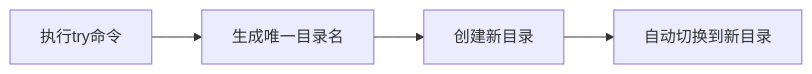
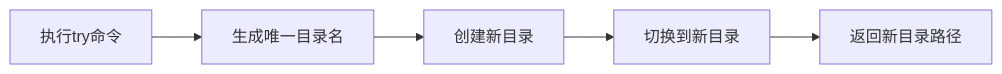
The fifth of 8 diagrams in reports/2026/01/2026-01-22.md (wayyoungboy/github-trending-reporter), drawn with Mermaid before and after one commit. The commit also changed other lines of this file and 1 other file, not shown here.

````diff
--- a/reports/2026/01/2026-01-22.md
+++ b/reports/2026/01/2026-01-22.md
@@ -257,6 +265,7 @@
 ```mermaid
 graph LR
     A[执行try命令] --> B[生成唯一目录名]
     B --> C[创建新目录]
-    C --> D[自动切换到新目录]
+    C --> D[切换到新目录]
+    D --> E[返回新目录路径]
 ```
````
